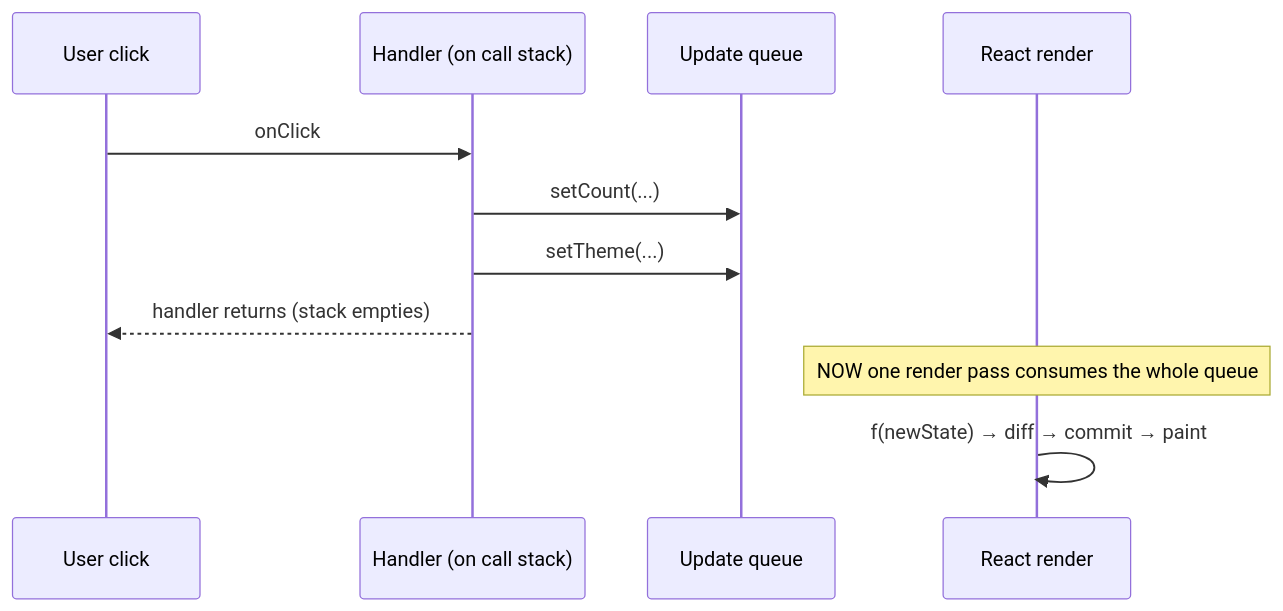
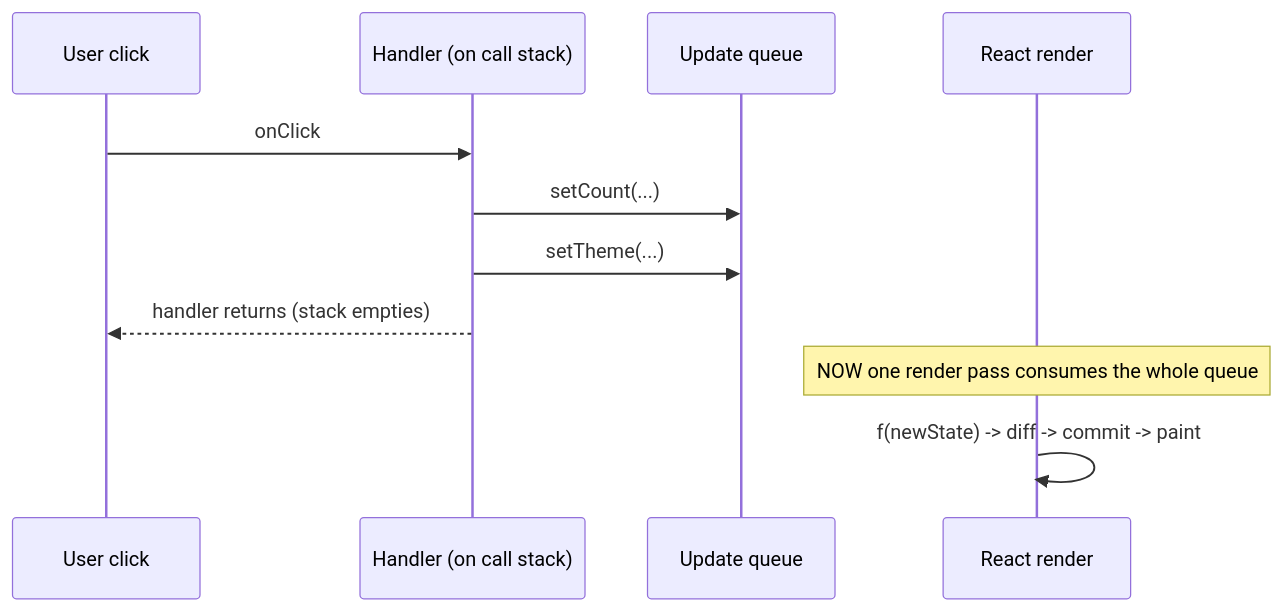
Before and after one commit to ashishxcode/frontend-internals: the third of 3 diagrams in packages/content/content/03-react-rendering.mdx, drawn with Mermaid. The commit also changed other lines of this file and 35 other files, not shown here.

Commit message:
fix: mermaid sizing (overflow scroll + 16px font) + escape < in fiber prose

````diff
--- a/packages/content/content/03-react-rendering.mdx
+++ b/packages/content/content/03-react-rendering.mdx
@@ -169,13 +111,13 @@
 ```mermaid
 sequenceDiagram
   participant U as User click
   participant H as Handler (on call stack)
   participant Q as Update queue
   participant R as React render
   U->>H: onClick
   H->>Q: setCount(...)
   H->>Q: setTheme(...)
   H-->>U: handler returns (stack empties)
   Note over R: NOW one render pass consumes the whole queue
-  R->>R: f(newState) → diff → commit → paint
+  R->>R: f(newState) -> diff -> commit -> paint
 ```
````
